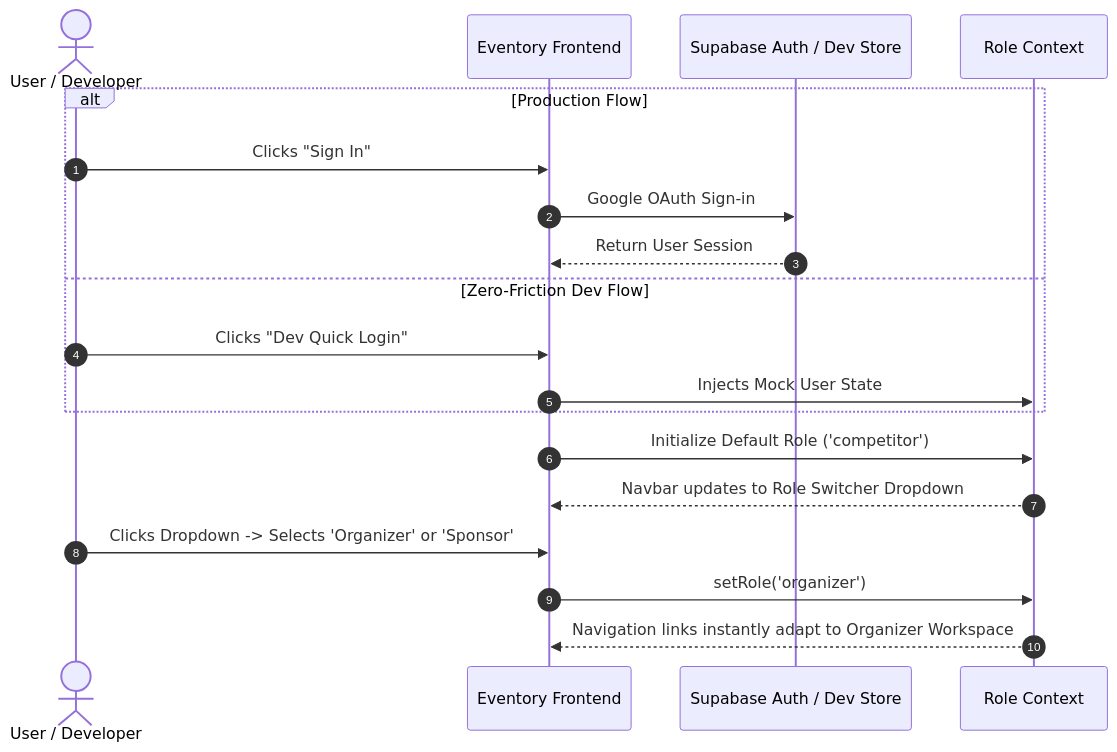
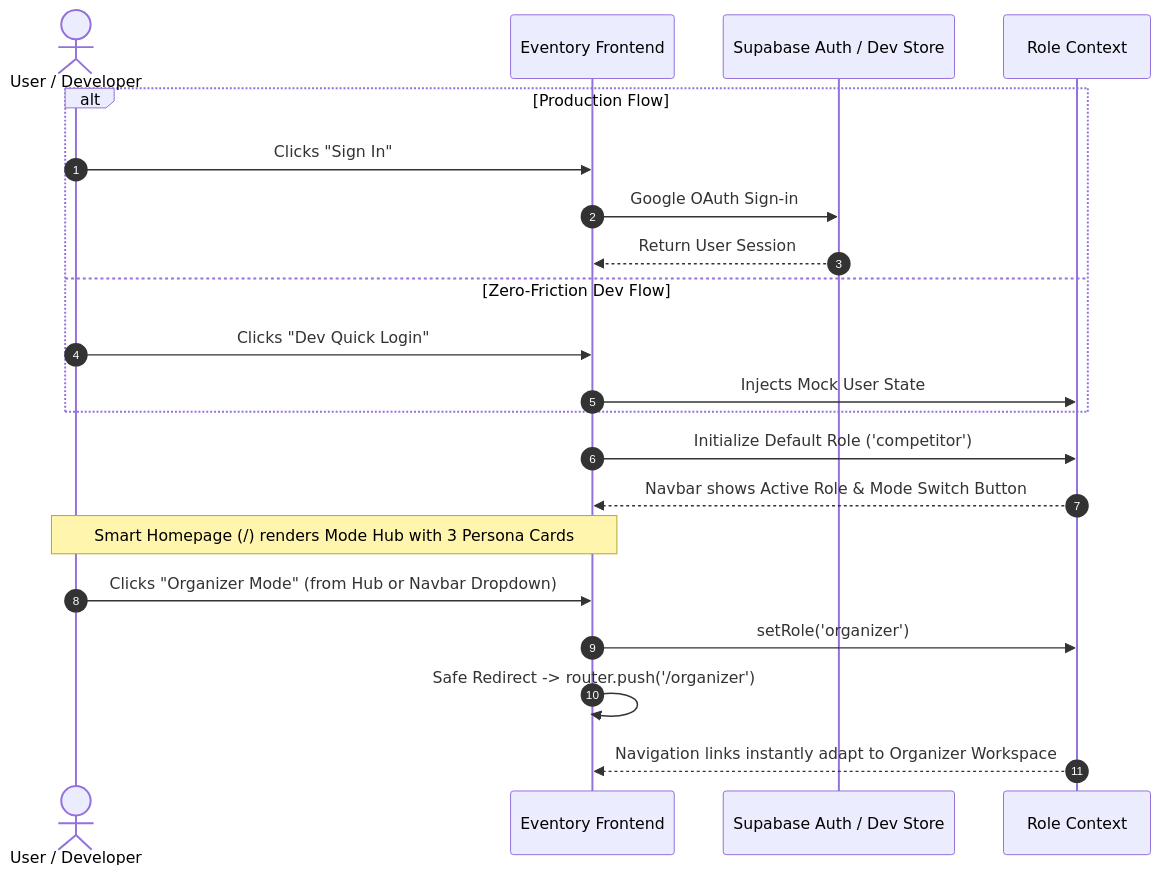
One commit to moomaideng/eventory-docs changed the second of 5 diagrams in frontend-map.md. Above: the diagram before and after it, drawn with Mermaid. The commit also changed other lines of this file, not shown here.

````diff
--- a/frontend-map.md
+++ b/frontend-map.md
@@ -46,23 +46,25 @@
 ```mermaid
 sequenceDiagram
     autonumber
     actor User as User / Developer
     participant App as Eventory Frontend
     participant Auth as Supabase Auth / Dev Store
     participant Context as Role Context
 
     alt Production Flow
         User->>App: Clicks "Sign In"
         App->>Auth: Google OAuth Sign-in
         Auth-->>App: Return User Session
     else Zero-Friction Dev Flow
         User->>App: Clicks "Dev Quick Login"
         App->>Context: Injects Mock User State
     end
 
     App->>Context: Initialize Default Role ('competitor')
-    Context-->>App: Navbar updates to Role Switcher Dropdown
-    User->>App: Clicks Dropdown -> Selects 'Organizer' or 'Sponsor'
+    Context-->>App: Navbar shows Active Role & Mode Switch Button
+    Note over User,App: Smart Homepage (/) renders Mode Hub with 3 Persona Cards
+    User->>App: Clicks "Organizer Mode" (from Hub or Navbar Dropdown)
     App->>Context: setRole('organizer')
+    App->>App: Safe Redirect -> router.push('/organizer')
     Context-->>App: Navigation links instantly adapt to Organizer Workspace
 ```
````
